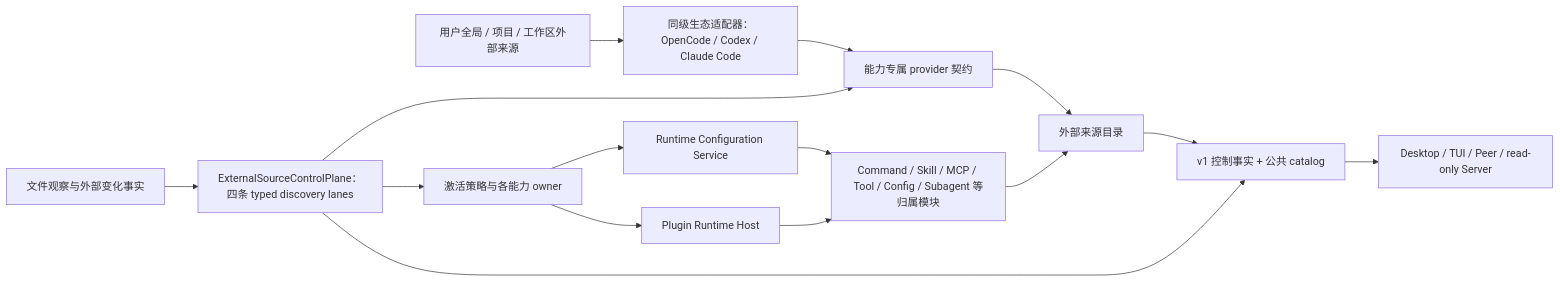
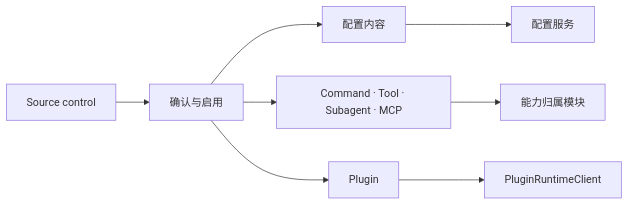
One commit to 1688mengdie/BitFun changed the third of 4 diagrams in docs/architecture/extensions/external-ai-work-sources-design.md. Above: the diagram before and after it, drawn with Mermaid. The commit also changed other lines of this file and 61 other files, not shown here.

````diff
--- a/docs/architecture/extensions/external-ai-work-sources-design.md
+++ b/docs/architecture/extensions/external-ai-work-sources-design.md
@@ -307,30 +328,7 @@
 ```mermaid
 flowchart LR
-  Sources["用户全局 / 项目 / 工作区外部来源"]
-  Adapters["同级生态适配器：OpenCode / Codex / Claude Code"]
-  Ports["能力专属 provider 契约"]
-  Catalog["外部来源目录"]
-  Watch["文件观察与外部变化事实"]
-  Coordinator["ExternalSourceControlPlane：四条 typed discovery lanes"]
-  Projection["v1 控制事实 + 公共 catalog"]
-  Policy["激活策略与各能力 owner"]
-  Config["Runtime Configuration Service"]
-  Host["Plugin Runtime Host"]
-  Owners["Command / Skill / MCP / Tool / Config / Subagent 等归属模块"]
-  Surface["Desktop / TUI / Peer / read-only Server"]
-
-  Sources --> Adapters
-  Adapters --> Ports
-  Watch --> Coordinator
-  Coordinator --> Ports
-  Ports --> Catalog
-  Catalog --> Projection
-  Coordinator --> Projection
-  Projection --> Surface
-  Coordinator --> Policy
-  Policy --> Config
-  Policy --> Host
-  Config --> Owners
-  Host --> Owners
-  Owners --> Catalog
+  Control["Source control"] --> Policy["确认与启用"]
+  Policy --> Assets["配置内容"] --> Config["配置服务"]
+  Policy --> Calls["Command · Tool · Subagent · MCP"] --> Owners["能力归属模块"]
+  Policy --> Plugin["Plugin"] --> Client["PluginRuntimeClient"]
 ```
````
